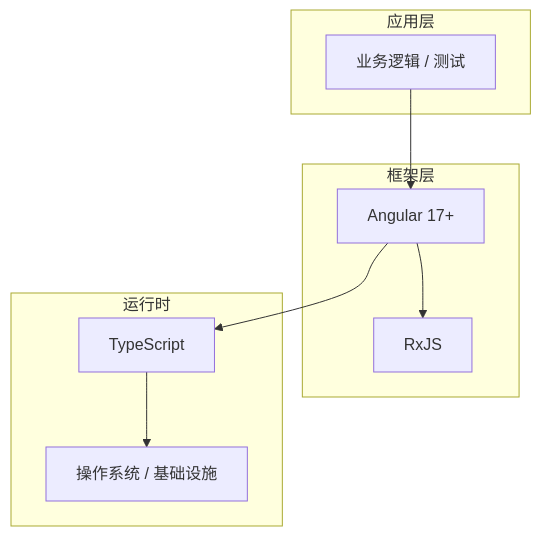
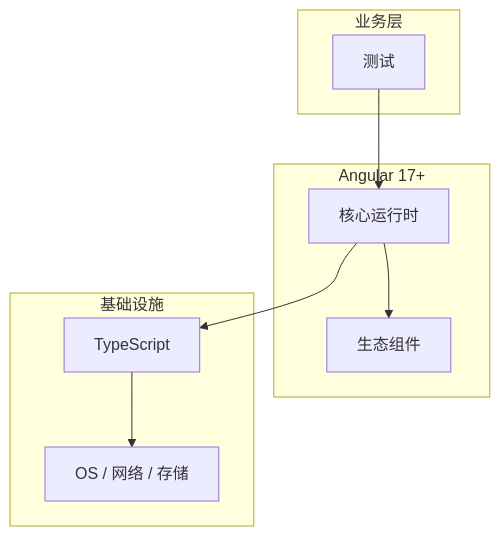
Before and after one commit to yanggan2015/knowledge-json-v2: the diagram in articles/Angular/chapters/066-测试核心概念与原理.md, drawn with Mermaid. The commit also changed other lines of this file and 10127 other files, not shown here.

````diff
--- a/articles/Angular/chapters/066-测试核心概念与原理.md
+++ b/articles/Angular/chapters/066-测试核心概念与原理.md
@@ -45,18 +34,18 @@
 ```mermaid
 graph TB
-    subgraph 应用层
-        A[业务逻辑 / 测试]
+    subgraph 业务层
+        A[测试]
     end
-    subgraph 框架层
-        B[Angular 17+]
-        C[RxJS]
+    subgraph Angular 17+
+        B[核心运行时]
+        C[生态组件]
     end
-    subgraph 运行时
+    subgraph 基础设施
         D[TypeScript]
-        E[操作系统 / 基础设施]
+        E[OS / 网络 / 存储]
     end
     A --> B
     B --> C
     B --> D
     D --> E
 ```
````
